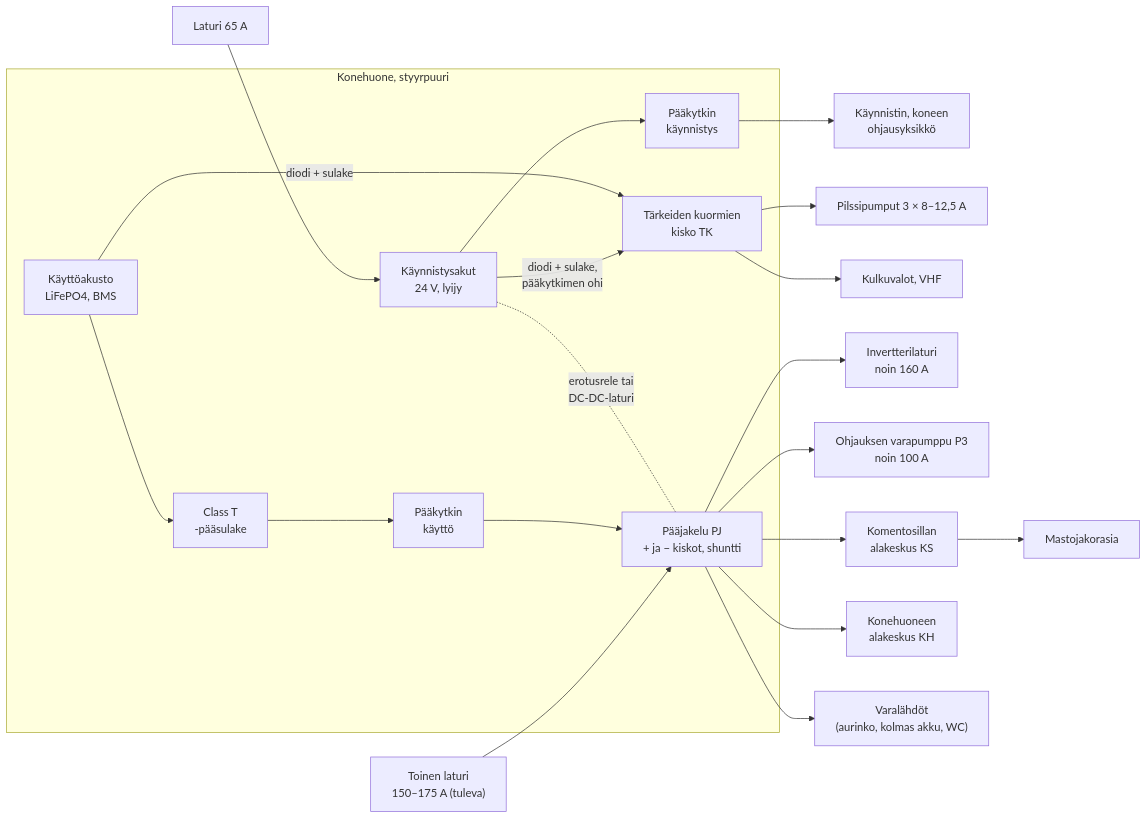
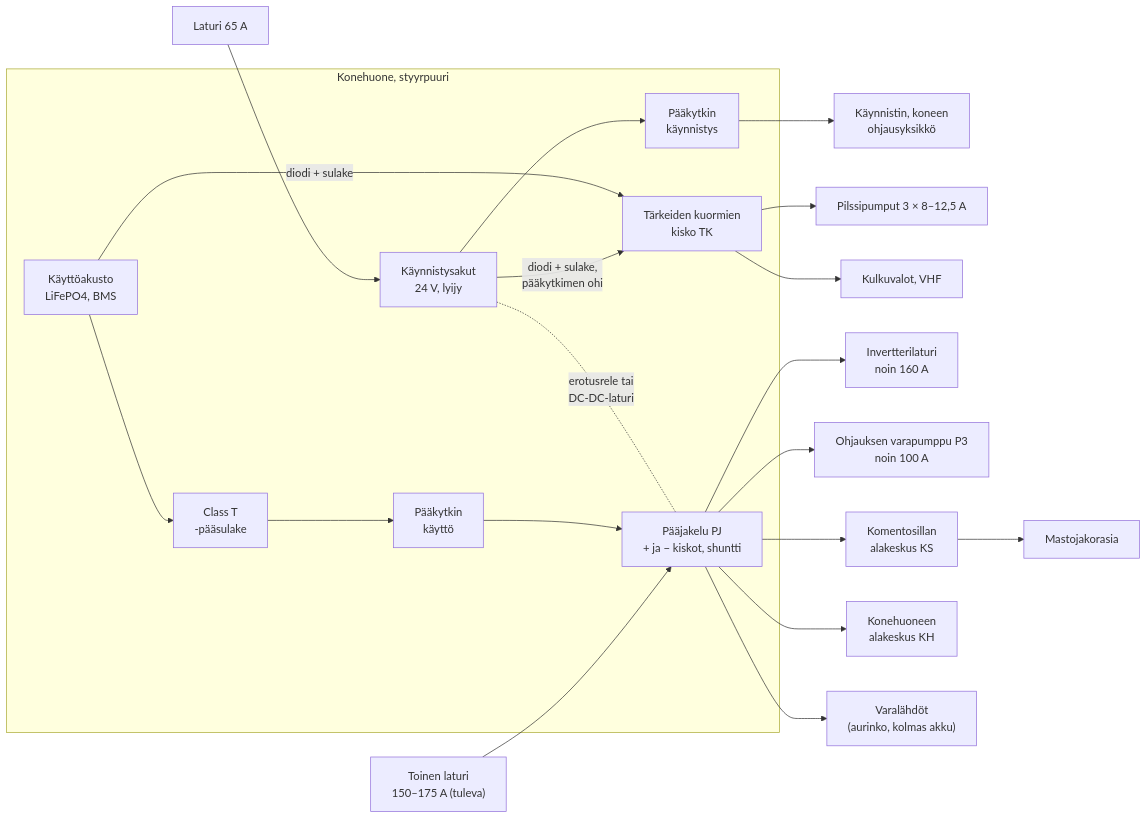
The diagram in electrics/design/dc-distribution.md (plektra/vega-systems), drawn with Mermaid before and after one commit. The commit also changed other lines of this file and 5 other files, not shown here.

````diff
--- a/electrics/design/dc-distribution.md
+++ b/electrics/design/dc-distribution.md
@@ -37,27 +37,27 @@
 ```mermaid
 flowchart LR
   subgraph KH_AKUT["Konehuone, styyrpuuri"]
     SB["Käynnistysakut<br/>24 V, lyijy"]
     HB["Käyttöakusto<br/>LiFePO4, BMS"]
     SW1["Pääkytkin<br/>käynnistys"]
     SW2["Pääkytkin<br/>käyttö"]
     T["Class T<br/>-pääsulake"]
     PJ["Pääjakelu PJ<br/>+ ja − kiskot, shuntti"]
     ESS["Tärkeiden kuormien<br/>kisko TK"]
   end
   ALT1["Laturi 65 A"] --> SB
   ALT2["Toinen laturi<br/>150–175 A (tuleva)"] --> PJ
   SB --> SW1 --> ENG["Käynnistin, koneen<br/>ohjausyksikkö"]
   HB --> T --> SW2 --> PJ
   SB -. "erotusrele tai<br/>DC-DC-laturi" .- PJ
   SB -->|"diodi + sulake,<br/>pääkytkimen ohi"| ESS
   HB -->|"diodi + sulake"| ESS
   ESS --> BILGE["Pilssipumput 3 × 8–12,5 A"]
   ESS --> KSE["Kulkuvalot, VHF"]
   PJ --> INV["Invertterilaturi<br/>noin 160 A"]
   PJ --> P3["Ohjauksen varapumppu P3<br/>noin 100 A"]
   PJ --> KS["Komentosillan<br/>alakeskus KS"]
   PJ --> KHK["Konehuoneen<br/>alakeskus KH"]
-  PJ --> RES["Varalähdöt<br/>(aurinko, kolmas akku, WC)"]
+  PJ --> RES["Varalähdöt<br/>(aurinko, kolmas akku)"]
   KS --> MAST["Mastojakorasia"]
 ```
````
